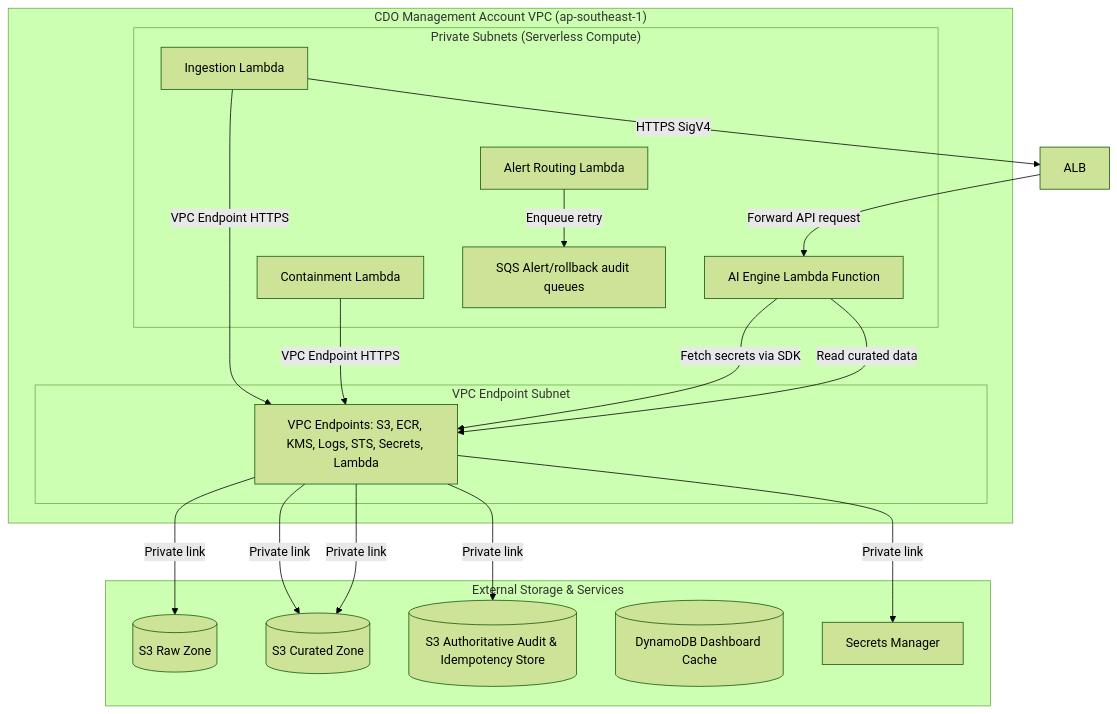
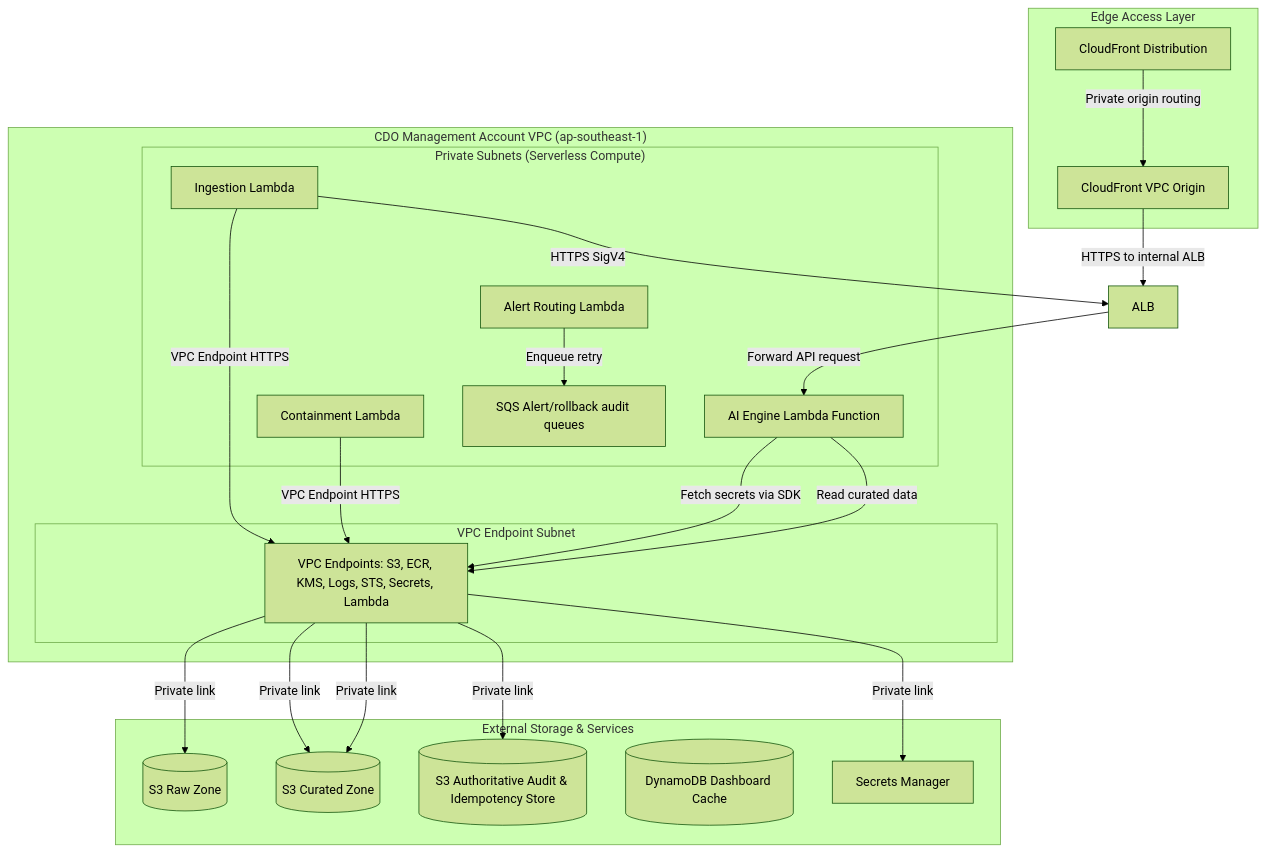
The diagram in docs/tf2-finops/03_security_design.md (hungxqt/tf2-finops-iac), drawn with Mermaid (forest theme) before and after one commit. The commit also changed other lines of this file, not shown here.

Commit message:
Document CloudFront VPC Origin access path

````diff
--- a/docs/tf2-finops/03_security_design.md
+++ b/docs/tf2-finops/03_security_design.md
@@ -15,40 +15,47 @@
 ```mermaid
 graph TD
+    subgraph "Edge Access Layer"
+        CF[CloudFront Distribution]
+        VPCOrigin[CloudFront VPC Origin]
+    end
+
     subgraph "CDO Management Account VPC (ap-southeast-1)"
         subgraph "Private Subnets (Serverless Compute)"
             AILambda[AI Engine Lambda Function]
             L_Pull[Ingestion Lambda]
             L_Cont[Containment Lambda]
             L_Alert[Alert Routing Lambda]
             SQSQueue[SQS Alert/rollback audit queues]
         end
 
         subgraph "VPC Endpoint Subnet"
             VPCE[VPC Endpoints: S3, ECR, KMS, Logs, STS, Secrets, Lambda]
         end
     end
 
     subgraph "External Storage & Services"
         S3Raw[("S3 Raw Zone")]
         S3Cur[("S3 Curated Zone")]
         S3Audit[("S3 Authoritative Audit & Idempotency Store")]
         DDB[("DynamoDB Dashboard Cache")]
         SM[Secrets Manager]
     end
 
     %% Network flows
+    CF -->|Private origin routing| VPCOrigin
+    VPCOrigin -->|HTTPS to internal ALB| ALB
     L_Pull -->|VPC Endpoint HTTPS| VPCE
     VPCE -->|Private link| S3Raw
     VPCE -->|Private link| S3Cur
     L_Pull -->|HTTPS SigV4| ALB
     ALB -->|Forward API request| AILambda
     L_Cont -->|VPC Endpoint HTTPS| VPCE
     VPCE -->|Private link| S3Audit
     L_Alert -->|Enqueue retry| SQSQueue
     
     %% Serverless traffic
     AILambda -->|Fetch secrets via SDK| VPCE
     VPCE -->|Private link| SM
     AILambda -->|Read curated data| VPCE
     VPCE -->|Private link| S3Cur
 ```
````
